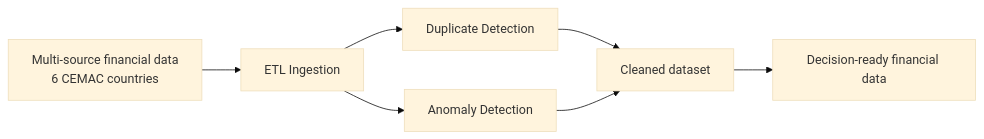
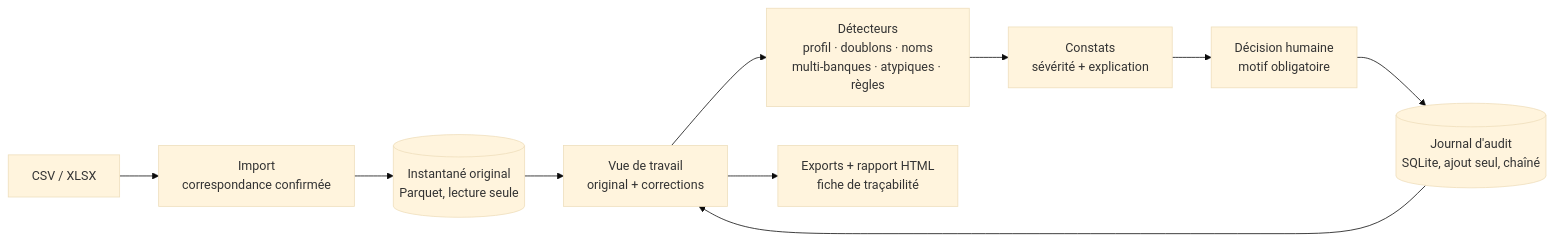
Before and after one commit to vloicmonti/sidadr-financial-anomaly-detection: the diagram in README.md, drawn with Mermaid (base theme). The commit also changed other lines of this file and 15 other files, not shown here.

First line of the commit message:
feat: exports tracés, rapport qualité HTML et README de la v0.1.0 (phase 10)

````diff
--- a/README.md
+++ b/README.md
@@ -26,9 +89,12 @@
 ```mermaid
 flowchart LR
-    A[Multi-source financial data<br/>6 CEMAC countries] --> B[ETL Ingestion]
-    B --> C[Duplicate Detection]
-    B --> D[Anomaly Detection]
-    C --> E[Cleaned dataset]
-    D --> E
-    E --> F[Decision-ready financial data]
+    F[CSV / XLSX] --> I[Import<br/>correspondance confirmée]
+    I --> S[(Instantané original<br/>Parquet, lecture seule)]
+    S --> W[Vue de travail<br/>original + corrections]
+    W --> D[Détecteurs<br/>profil · doublons · noms<br/>multi-banques · atypiques · règles]
+    D --> C[Constats<br/>sévérité + explication]
+    C --> H[Décision humaine<br/>motif obligatoire]
+    H --> J[(Journal d'audit<br/>SQLite, ajout seul, chaîné)]
+    J --> W
+    W --> E[Exports + rapport HTML<br/>fiche de traçabilité]
 ```
````
